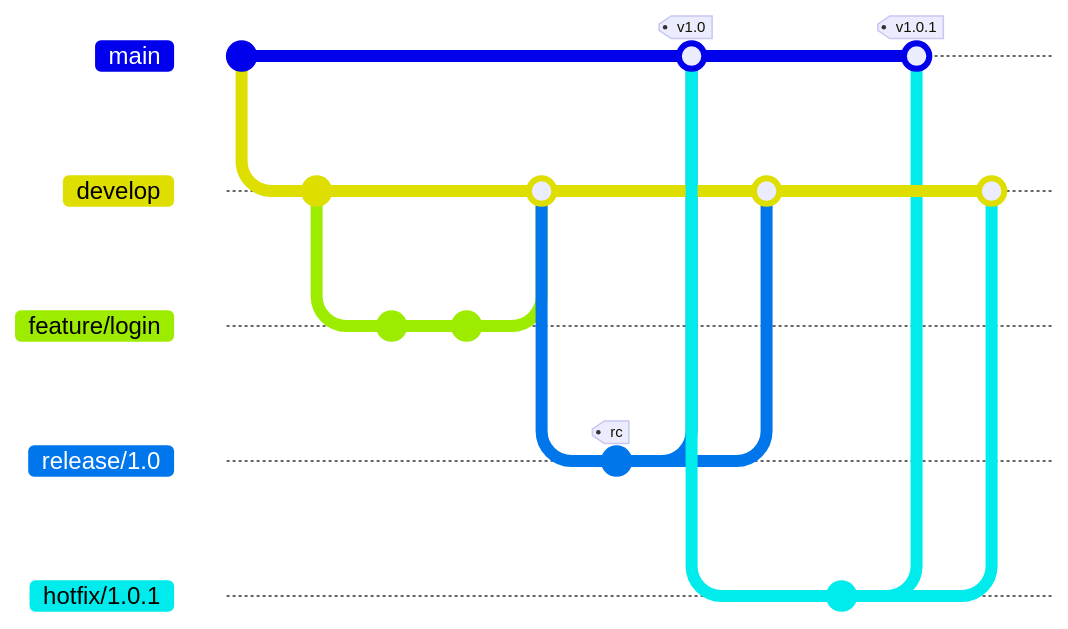
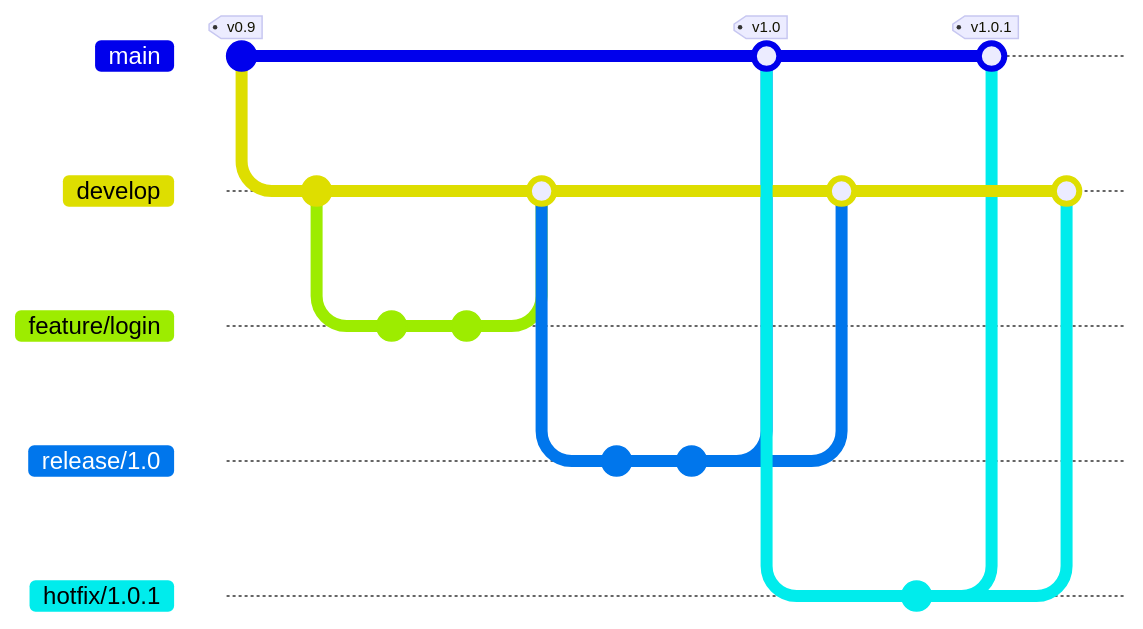
One commit to AndrewAltimit/Documentation changed the fourth of 8 diagrams in github-pages/docs/technology/branching.md. Above: the diagram before and after it, drawn with Mermaid. The commit also changed other lines of this file and 240 other files, not shown here. Commit ids are hidden.

````diff
--- a/github-pages/docs/technology/branching.md
+++ b/github-pages/docs/technology/branching.md
@@ -164,28 +160,29 @@
 ```mermaid
 gitGraph
-    commit
+    commit id: "v0.9" tag: "v0.9"
     branch develop
     checkout develop
-    commit
+    commit id: "dev work"
     branch feature/login
     checkout feature/login
-    commit
-    commit
+    commit id: "login 1"
+    commit id: "login 2"
     checkout develop
     merge feature/login
     branch release/1.0
     checkout release/1.0
-    commit tag: "rc"
+    commit id: "bump version"
+    commit id: "rc fix"
     checkout main
     merge release/1.0 tag: "v1.0"
     checkout develop
     merge release/1.0
     checkout main
     branch hotfix/1.0.1
     checkout hotfix/1.0.1
-    commit
+    commit id: "urgent fix"
     checkout main
     merge hotfix/1.0.1 tag: "v1.0.1"
     checkout develop
     merge hotfix/1.0.1
 ```
````
